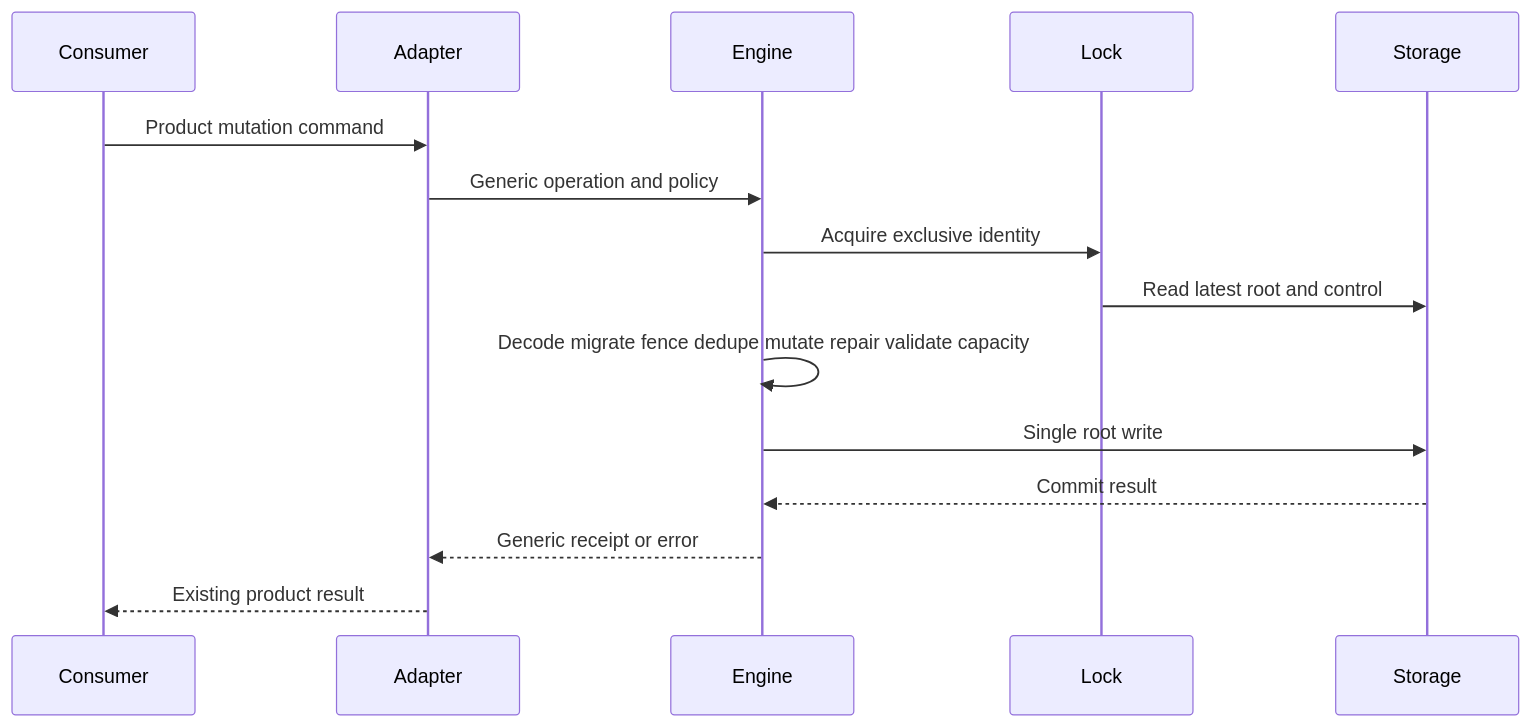
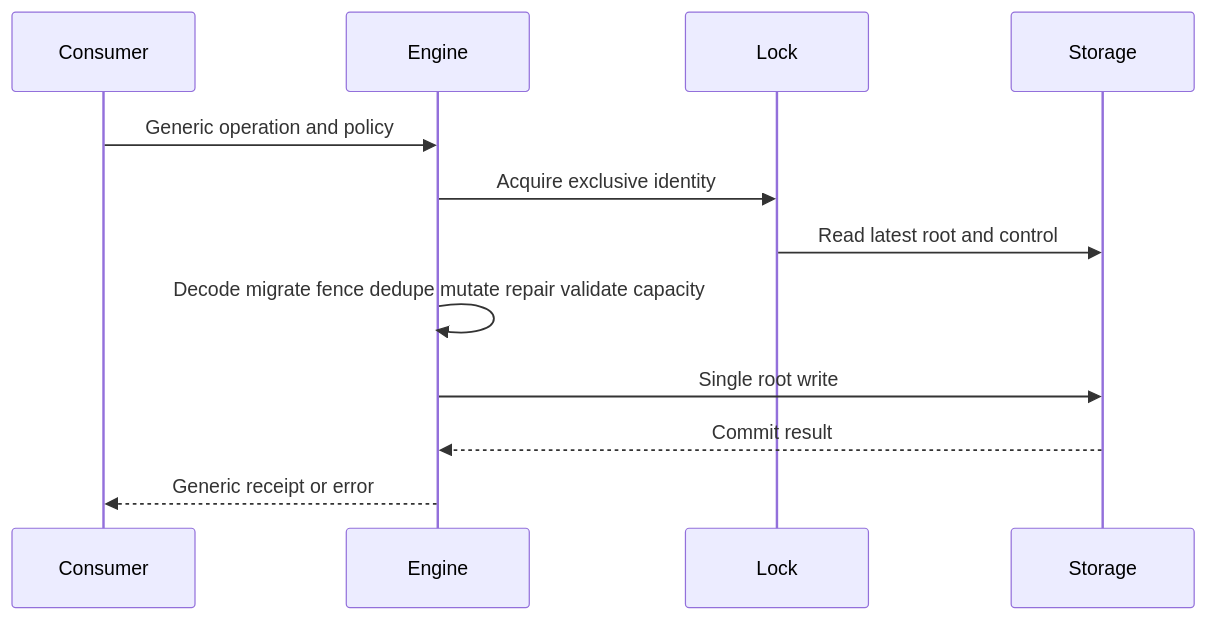
Before and after one commit to Huruikagi/pc-build-planner: the second of 5 diagrams in .kiro/specs/local-data-library-boundaries/design.md, drawn with Mermaid. The commit also changed other lines of this file and 85 other files, not shown here.

````diff
--- a/.kiro/specs/local-data-library-boundaries/design.md
+++ b/.kiro/specs/local-data-library-boundaries/design.md
@@ -173,17 +171,14 @@
 ```mermaid
 sequenceDiagram
     participant Consumer
-    participant Adapter
     participant Engine
     participant Lock
     participant Storage
-    Consumer->>Adapter: Product mutation command
-    Adapter->>Engine: Generic operation and policy
+    Consumer->>Engine: Generic operation and policy
     Engine->>Lock: Acquire exclusive identity
     Lock->>Storage: Read latest root and control
     Engine->>Engine: Decode migrate fence dedupe mutate repair validate capacity
     Engine->>Storage: Single root write
     Storage-->>Engine: Commit result
-    Engine-->>Adapter: Generic receipt or error
-    Adapter-->>Consumer: Existing product result
+    Engine-->>Consumer: Generic receipt or error
 ```
````
